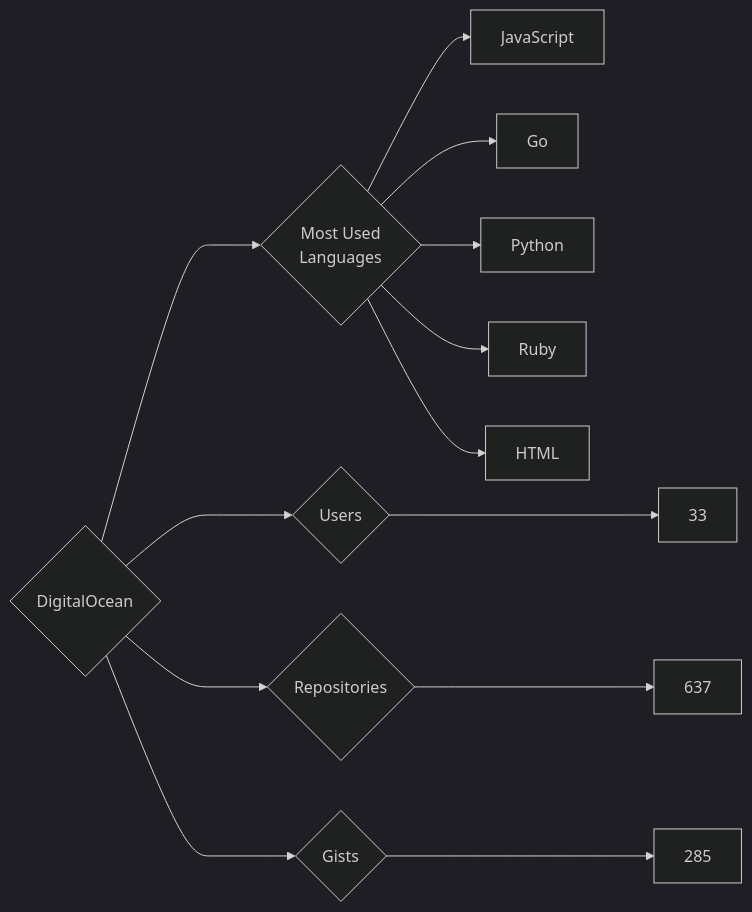
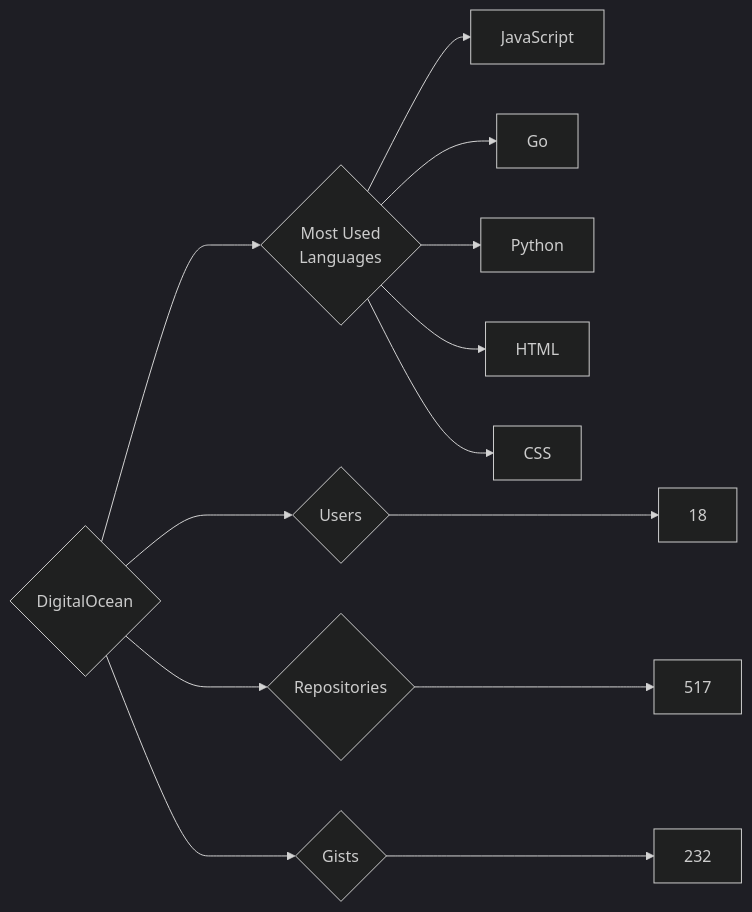
Before and after one commit to trickest/insiders: the diagram in targets/DigitalOcean/README.md, drawn with Mermaid (dark theme). The commit also changed 861 other files, not shown here.

````diff
--- a/targets/DigitalOcean/README.md
+++ b/targets/DigitalOcean/README.md
@@ -3,13 +3,13 @@
 ```mermaid
 graph LR
 COMPANY_NAME{DigitalOcean}
-COMPANY_NAME ---> U{Users} ---> UN[33]
-COMPANY_NAME ---> R{Repositories} ---> RN[637]
-COMPANY_NAME ---> G{Gists} ---> GN[285]
+COMPANY_NAME ---> U{Users} ---> UN[18]
+COMPANY_NAME ---> R{Repositories} ---> RN[517]
+COMPANY_NAME ---> G{Gists} ---> GN[232]
 COMPANY_NAME ---> ML{Most Used<br>Languages}
 ML --> JavaScript[JavaScript]
 ML --> Go[Go]
 ML --> Python[Python]
-ML --> Ruby[Ruby]
 ML --> HTML[HTML]
+ML --> CSS[CSS]
 ```
````
